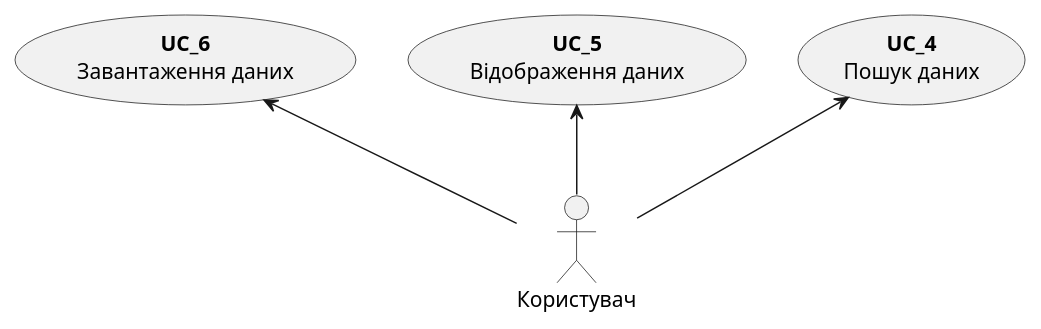
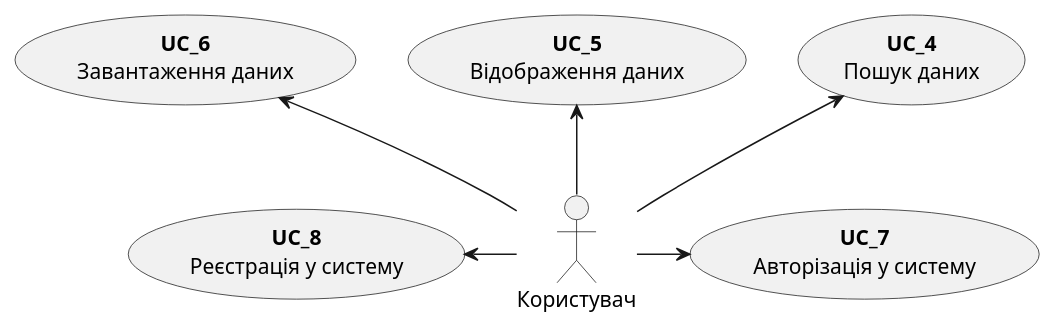
Before and after one commit to horidor/open-data-management-system: the second of 3 diagrams in docs/use cases/README.md, drawn with PlantUML. The commit also changed other lines of this file and 1 other file, not shown here.

```diff
--- a/docs/use cases/README.md
+++ b/docs/use cases/README.md
@@ -33,15 +41,20 @@
 @startuml
+
     actor "Користувач" as User
     
   
     usecase "<b>UC_4</b>\nПошук даних" as UC_4
     usecase "<b>UC_5</b>\nВідображення даних" as UC_5
     usecase "<b>UC_6</b>\nЗавантаження даних" as UC_6
+    usecase "<b>UC_7</b>\nАвторізація у систему" as UC_7
+    usecase "<b>UC_8</b>\nРеєстрація у систему" as UC_8
 
 
     User -u-> UC_4
     User -u-> UC_5
     User -u-> UC_6
+    User -r-> UC_7
+    User -l-> UC_8
 
     
 @enduml
```
